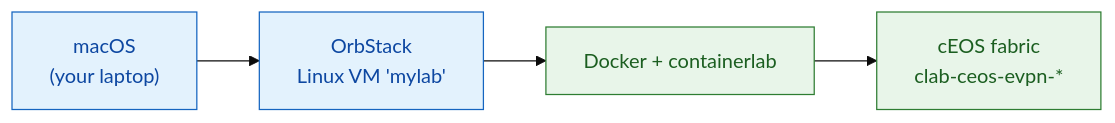
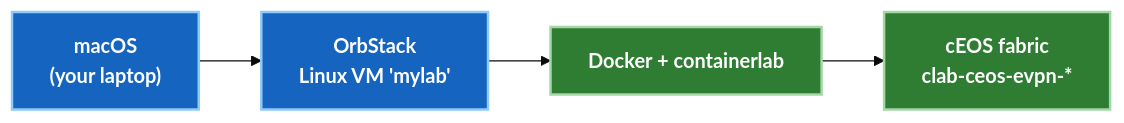
Before and after one commit to etherhtun/netforge-labs: the diagram in docs/getting-started/lab-setup-macos.md, drawn with Mermaid (base theme). The commit also changed 7 other files, not shown here.

Commit message:
fix(diagrams): update all Mermaid diagrams to use high-contrast white text on filled nodes for 100% visibility in both light and dark site themes

````diff
--- a/docs/getting-started/lab-setup-macos.md
+++ b/docs/getting-started/lab-setup-macos.md
@@ -13,9 +13,9 @@
 ```mermaid
 graph LR
     MAC["macOS<br/>(your laptop)"] --> ORB["OrbStack<br/>Linux VM 'mylab'"]
     ORB --> DKR["Docker + containerlab"]
     DKR --> LAB["cEOS fabric<br/>clab-ceos-evpn-*"]
-    classDef a fill:#e3f2fd,stroke:#1565c0,color:#0d47a1;
-    classDef b fill:#e8f5e9,stroke:#2e7d32,color:#1b5e20;
+    classDef a fill:#1565c0,stroke:#90caf9,color:#ffffff,stroke-width:2px,font-weight:bold;
+    classDef b fill:#2e7d32,stroke:#a5d6a7,color:#ffffff,stroke-width:2px,font-weight:bold;
     class MAC,ORB a; class DKR,LAB b;
 ```
````
